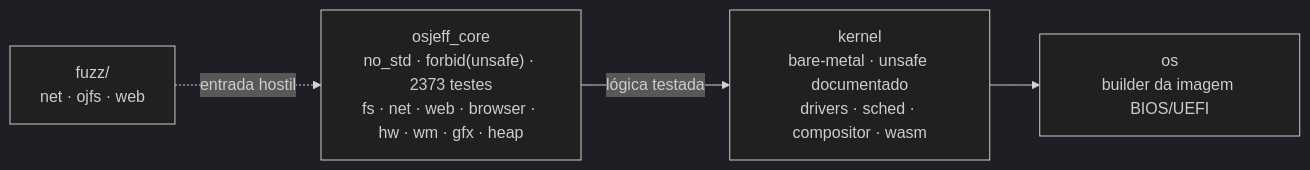
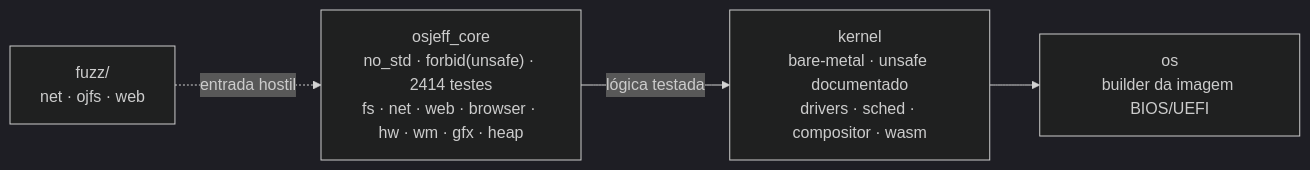
Before and after one commit to Jeffinp/OSjeff: the diagram in README.md, drawn with Mermaid (dark theme). The commit also changed other lines of this file and 19 other files, not shown here.

First line of the commit message:
docs: UI design system, architecture, tests and numbers, new screenshots, changelog

````diff
--- a/README.md
+++ b/README.md
@@ -92,9 +98,9 @@
 ```mermaid
 flowchart LR
-    CORE["osjeff_core<br/>no_std · forbid(unsafe) · 2373 testes<br/>fs · net · web · browser · hw · wm · gfx · heap"]
+    CORE["osjeff_core<br/>no_std · forbid(unsafe) · 2414 testes<br/>fs · net · web · browser · hw · wm · gfx · heap"]
     KERNEL["kernel<br/>bare-metal · unsafe documentado<br/>drivers · sched · compositor · wasm"]
     OS["os<br/>builder da imagem BIOS/UEFI"]
     FUZZ["fuzz/<br/>net · ojfs · web"]
     CORE -->|lógica testada| KERNEL --> OS
     FUZZ -.->|entrada hostil| CORE
 ```
````
